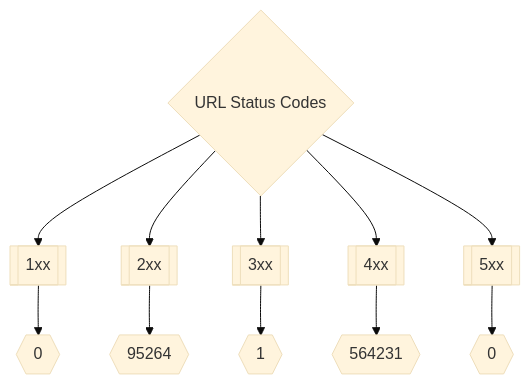
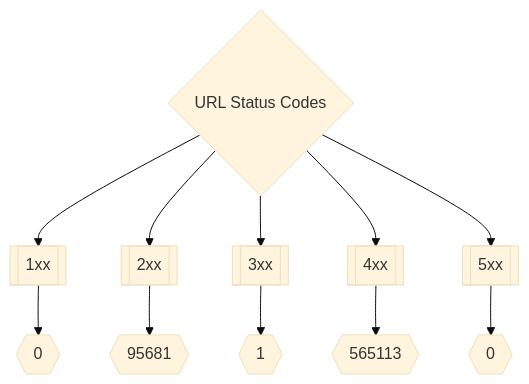
The second of 3 diagrams in README.md (trickest/inventory), drawn with Mermaid (base theme) before and after one commit. The commit also changed other lines of this file, not shown here.

Commit message:
Update README.md Tue Jul 12 21:02:01 UTC 2022

````diff
--- a/README.md
+++ b/README.md
@@ -175,8 +175,8 @@
 ```mermaid
 graph TD
 title{URL Status Codes} --> 1xx[[1xx]] --> status1xxNum{{0}}
-title --> 2xx[[2xx]] --> status2xxNum{{95264}}
+title --> 2xx[[2xx]] --> status2xxNum{{95681}}
 title --> 3xx[[3xx]] --> status3xxNum{{1}}
-title --> 4xx[[4xx]] --> status4xxNum{{564231}}
+title --> 4xx[[4xx]] --> status4xxNum{{565113}}
 title --> 5xx[[5xx]] --> status5xxNum{{0}}
 ```
````
